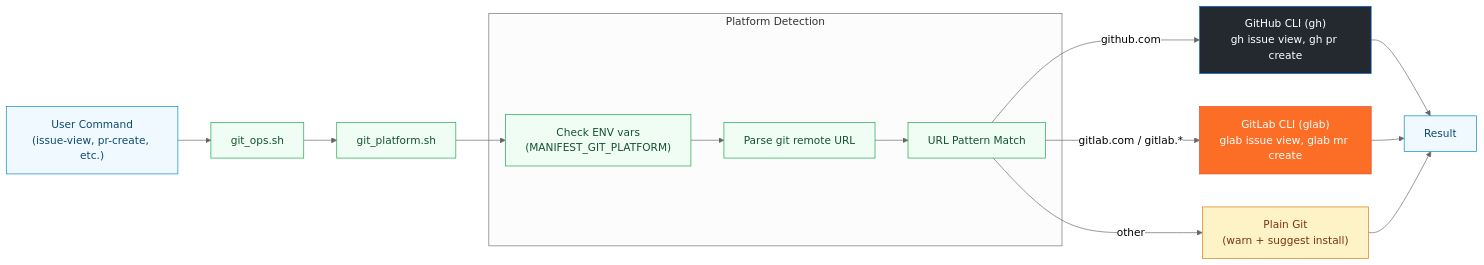
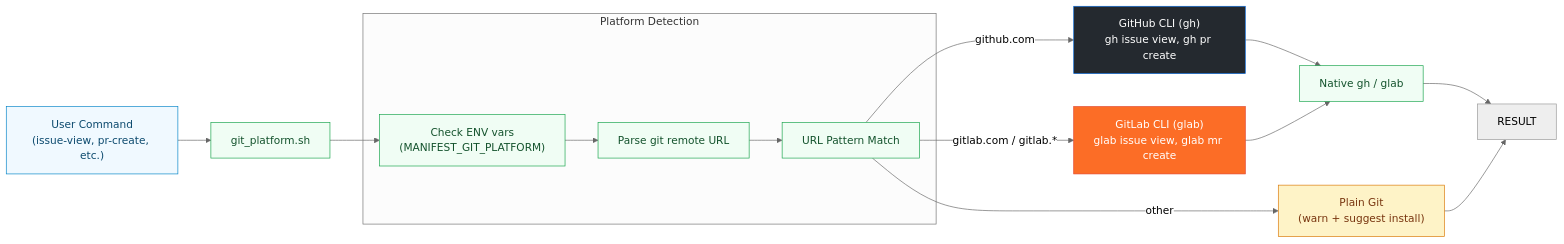
Before and after one commit to RB-chrismandich/Manifest: the first of 2 diagrams in docs/diagrams/platform.md, drawn with Mermaid. The commit also changed other lines of this file and 158 other files, not shown here.

````diff
--- a/docs/diagrams/platform.md
+++ b/docs/diagrams/platform.md
@@ -11,37 +11,37 @@
 ```mermaid
 %%{init: {'theme':'neutral'}}%%
 flowchart LR
     classDef input fill:#f0f9ff,stroke:#0284c7,color:#0c4a6e
     classDef process fill:#f0fdf4,stroke:#16a34a,color:#14532d
     classDef github fill:#24292f,stroke:#0969da,color:#fff
     classDef gitlab fill:#fc6d26,stroke:#e24329,color:#fff
     classDef fallback fill:#fef3c7,stroke:#d97706,color:#78350f
 
     COMMAND["User Command<br/>(issue-view, pr-create, etc.)"]:::input
-    GIT_OPS["git_ops.sh"]:::process
+    NATIVE_CLI["Native gh / glab"]:::process
     GIT_PLATFORM["git_platform.sh"]:::process
 
     subgraph "Platform Detection"
         ENV_OVERRIDE["Check ENV vars<br/>(MANIFEST_GIT_PLATFORM)"]:::process
         REMOTE_URL["Parse git remote URL"]:::process
         PATTERN_MATCH["URL Pattern Match"]:::process
         ENV_OVERRIDE --> REMOTE_URL
         REMOTE_URL --> PATTERN_MATCH
     end
 
     GH_CLI["GitHub CLI (gh)<br/>gh issue view, gh pr create"]:::github
     GLAB_CLI["GitLab CLI (glab)<br/>glab issue view, glab mr create"]:::gitlab
     PLAIN_GIT["Plain Git<br/>(warn + suggest install)"]:::fallback
 
-    COMMAND --> GIT_OPS
-    GIT_OPS --> GIT_PLATFORM
+    COMMAND --> GIT_PLATFORM
     GIT_PLATFORM --> ENV_OVERRIDE
+    NATIVE_CLI --> RESULT
 
     PATTERN_MATCH -->|github.com| GH_CLI
     PATTERN_MATCH -->|gitlab.com / gitlab.*| GLAB_CLI
     PATTERN_MATCH -->|other| PLAIN_GIT
 
-    GH_CLI --> RESULT["Result"]:::input
-    GLAB_CLI --> RESULT
+    GH_CLI --> NATIVE_CLI
+    GLAB_CLI --> NATIVE_CLI
     PLAIN_GIT --> RESULT
 ```
````
